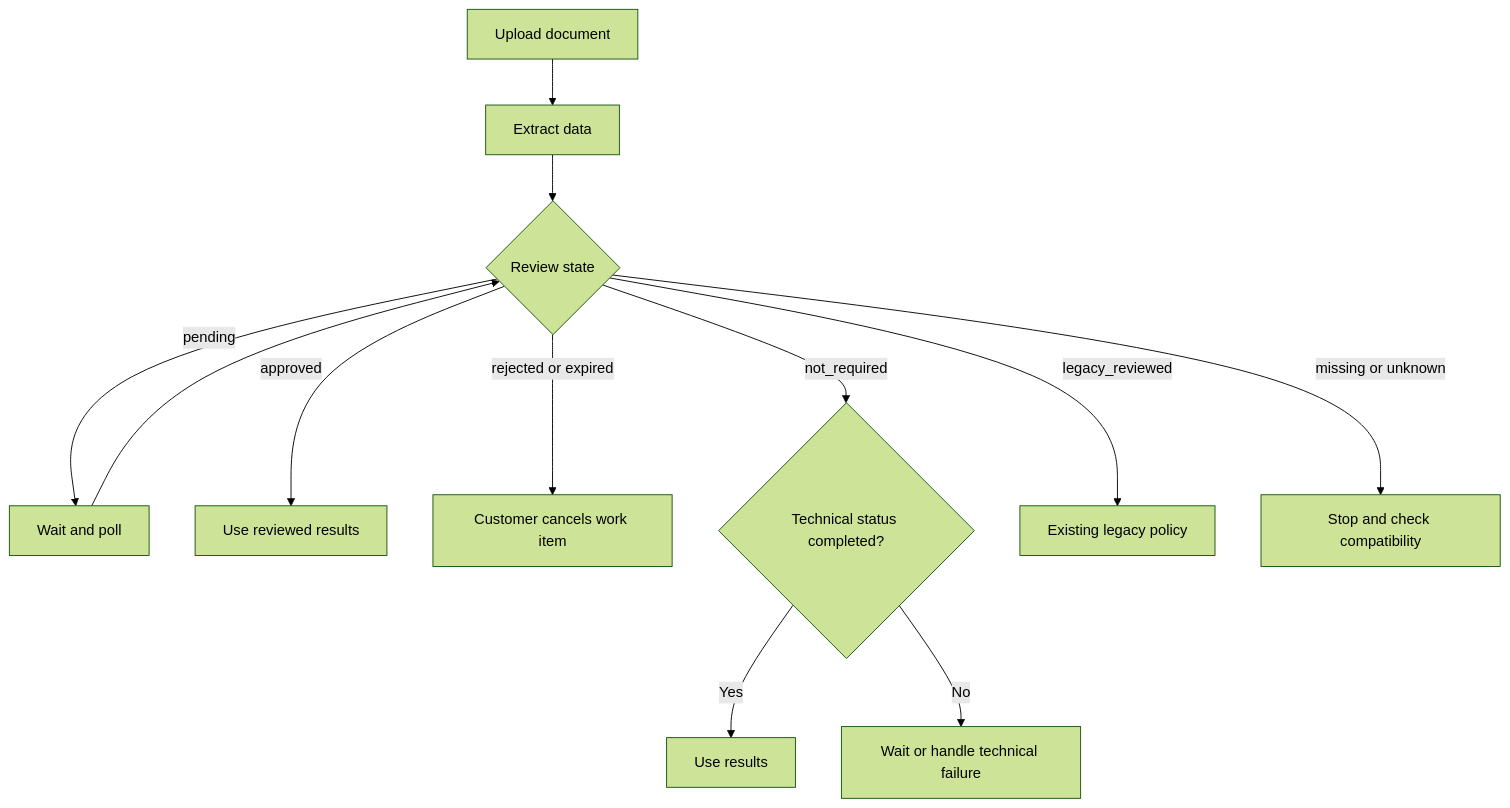
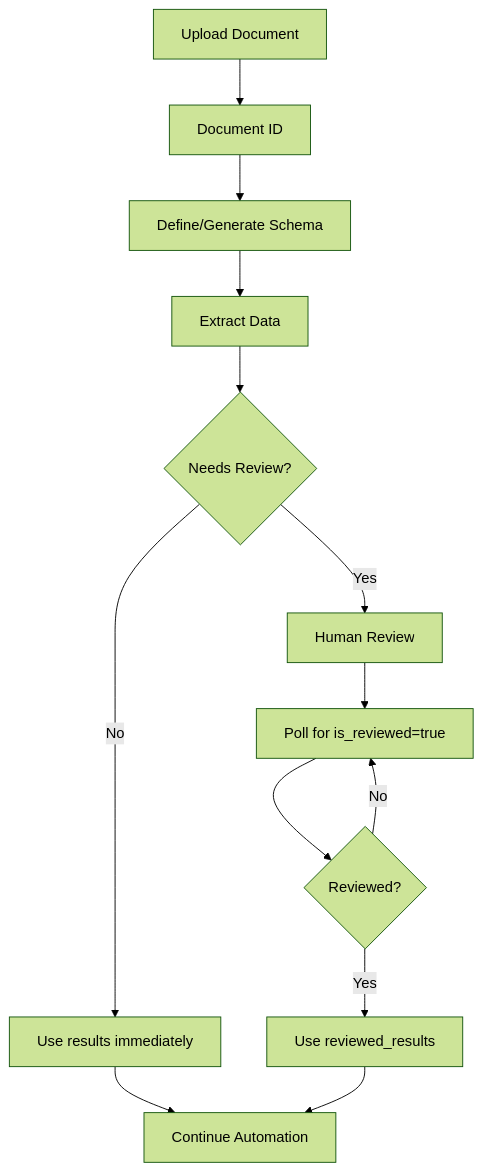
One commit to native-aihub/docs changed the diagram in api/extraction/extraction-flow.mdx. Above: the diagram before and after it, drawn with Mermaid (forest theme). The commit also changed other lines of this file and 22 other files, not shown here.

First line of the commit message:
Revert managed review decision docs (not released)

````diff
--- a/api/extraction/extraction-flow.mdx
+++ b/api/extraction/extraction-flow.mdx
@@ -13,14 +10,15 @@
 ```mermaid
 graph TD
-    A[Upload document] --> B[Extract data]
-    B --> C{Review state}
-    C -->|pending| D[Wait and poll]
-    D --> C
-    C -->|approved| E[Use reviewed results]
-    C -->|rejected or expired| F[Customer cancels work item]
-    C -->|not_required| G{Technical status completed?}
-    G -->|Yes| H[Use results]
-    G -->|No| I[Wait or handle technical failure]
-    C -->|legacy_reviewed| J[Existing legacy policy]
-    C -->|missing or unknown| K[Stop and check compatibility]
+    A[Upload Document] --> B[Document ID]
+    B --> C[Define/Generate Schema]
+    C --> D[Extract Data]
+    D --> E{Needs Review?}
+    E -->|No| F[Use results immediately]
+    E -->|Yes| G[Human Review]
+    G --> H[Poll for is_reviewed=true]
+    H --> I{Reviewed?}
+    I -->|No| H
+    I -->|Yes| J[Use reviewed_results]
+    F --> K[Continue Automation]
+    J --> K
 ```
````
